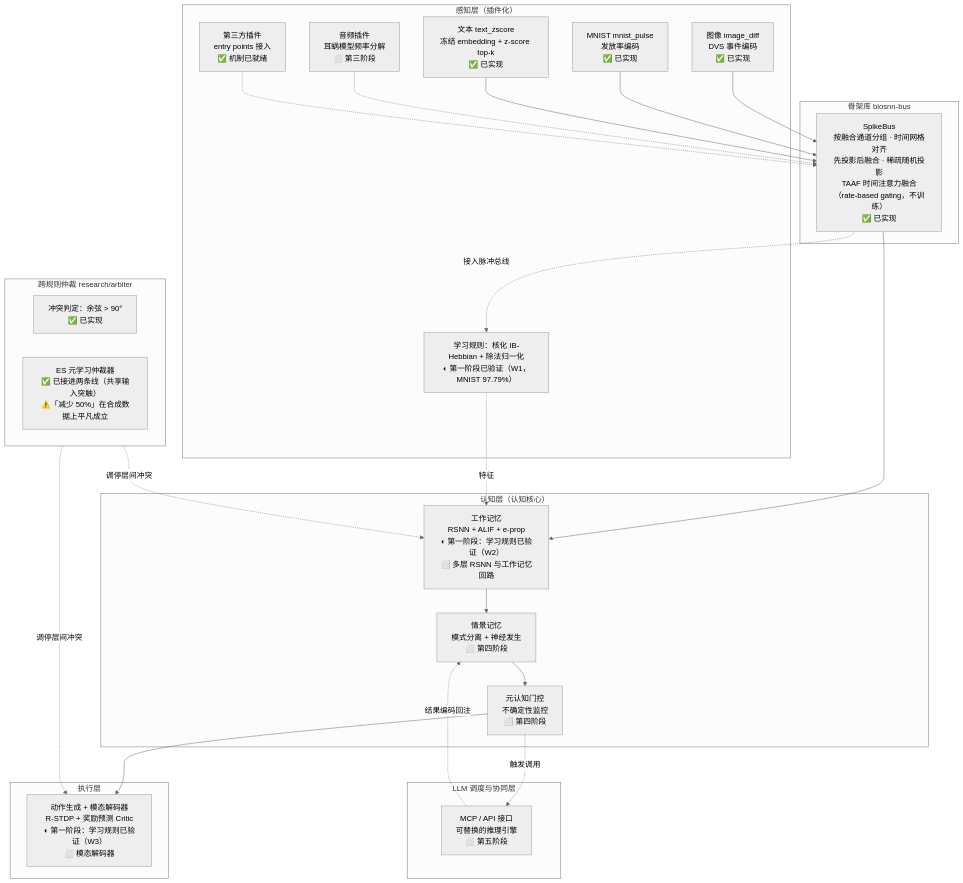
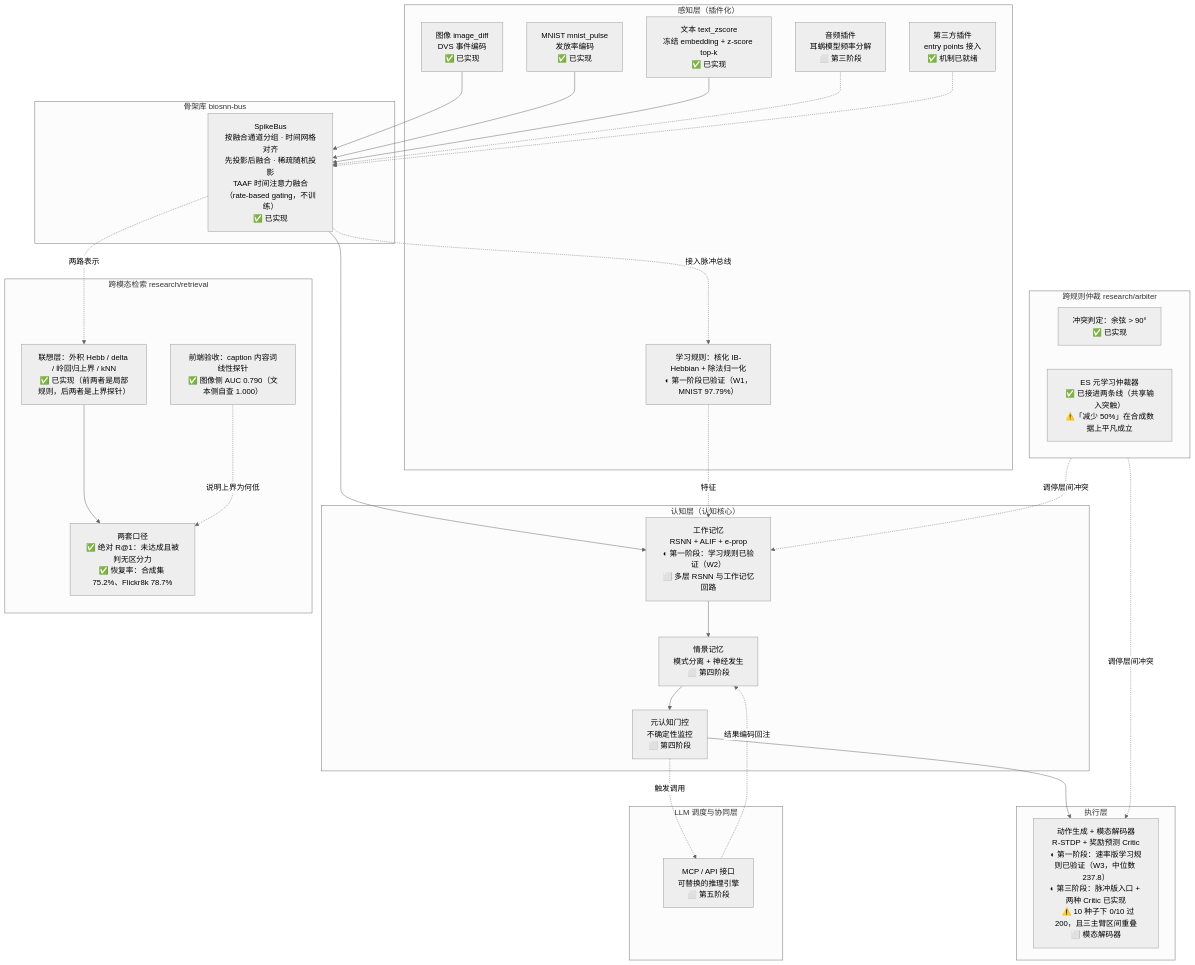
The diagram in README.md (lzmd-arch/BioSNN-Plug), drawn with Mermaid (neutral theme) before and after one commit. The commit also changed 4 other files, not shown here.

First line of the commit message:
进度同步：架构图、research 总览、计划书第三阶段状态

````diff
--- a/README.md
+++ b/README.md
@@ -85,51 +85,61 @@
 ```mermaid
 flowchart TB
     subgraph L5["LLM 调度与协同层"]
         MCP["MCP / API 接口<br/>可替换的推理引擎<br/>⬜ 第五阶段"]
     end
 
     subgraph L4["执行层"]
-        ACT["动作生成 + 模态解码器<br/>R-STDP + 奖励预测 Critic<br/>◐ 第一阶段：学习规则已验证（W3）<br/>⬜ 模态解码器"]
+        ACT["动作生成 + 模态解码器<br/>R-STDP + 奖励预测 Critic<br/>◐ 第一阶段：速率版学习规则已验证（W3，中位数 237.8）<br/>◐ 第三阶段：脉冲版入口 + 两种 Critic 已实现<br/>&nbsp;&nbsp;&nbsp;⚠️ 10 种子下 0/10 过 200，且三主臂区间重叠<br/>⬜ 模态解码器"]
     end
 
     subgraph L3["认知层（认知核心）"]
         WM["工作记忆<br/>RSNN + ALIF + e-prop<br/>◐ 第一阶段：学习规则已验证（W2）<br/>⬜ 多层 RSNN 与工作记忆回路"]
         EM["情景记忆<br/>模式分离 + 神经发生<br/>⬜ 第四阶段"]
         MG["元认知门控<br/>不确定性监控<br/>⬜ 第四阶段"]
     end
 
     subgraph ARB["跨规则仲裁 research/arbiter"]
         CF["冲突判定：余弦 > 90°<br/>✅ 已实现"]
         ES["ES 元学习仲裁器<br/>✅ 已接进两条线（共享输入突触）<br/>⚠️「减少 50%」在合成数据上平凡成立"]
     end
 
     subgraph L2["骨架库 biosnn-bus"]
         BUS["SpikeBus<br/>按融合通道分组 · 时间网格对齐<br/>先投影后融合 · 稀疏随机投影<br/>TAAF 时间注意力融合（rate-based gating，不训练）<br/>✅ 已实现"]
     end
 
     subgraph L1["感知层（插件化）"]
         IMG["图像 image_diff<br/>DVS 事件编码<br/>✅ 已实现"]
         MN["MNIST mnist_pulse<br/>发放率编码<br/>✅ 已实现"]
         TXT["文本 text_zscore<br/>冻结 embedding + z-score top-k<br/>✅ 已实现"]
         AUD["音频插件<br/>耳蜗模型频率分解<br/>⬜ 第三阶段"]
         THIRD["第三方插件<br/>entry points 接入<br/>✅ 机制已就绪"]
         HEB["学习规则：核化 IB-Hebbian + 除法归一化<br/>◐ 第一阶段已验证（W1，MNIST 97.79%）"]
     end
 
     IMG --> BUS
     MN --> BUS
     TXT --> BUS
     AUD -.-> BUS
     THIRD -.-> BUS
 
     BUS --> WM
     BUS -.->|接入脉冲总线| HEB
     HEB -.->|特征| WM
     WM --> EM
     EM --> MG
     MG --> ACT
     MG -.->|触发调用| MCP
     MCP -.->|结果编码回注| EM
     ARB -.->|调停层间冲突| WM
     ARB -.->|调停层间冲突| ACT
+
+    subgraph W4["跨模态检索 research/retrieval"]
+        FAC["联想层：外积 Hebb / delta / 岭回归上界 / kNN<br/>✅ 已实现（前两者是局部规则，后两者是上界探针）"]
+        CRIT["两套口径<br/>✅ 绝对 R@1：未达成且被判无区分力<br/>✅ 恢复率：合成集 75.2%、Flickr8k 78.7%"]
+        FE["前端验收：caption 内容词线性探针<br/>✅ 图像侧 AUC 0.790（文本侧自查 1.000）"]
+    end
+
+    BUS -.->|两路表示| FAC
+    FAC --> CRIT
+    FE -.->|说明上界为何低| CRIT
 ```
````
